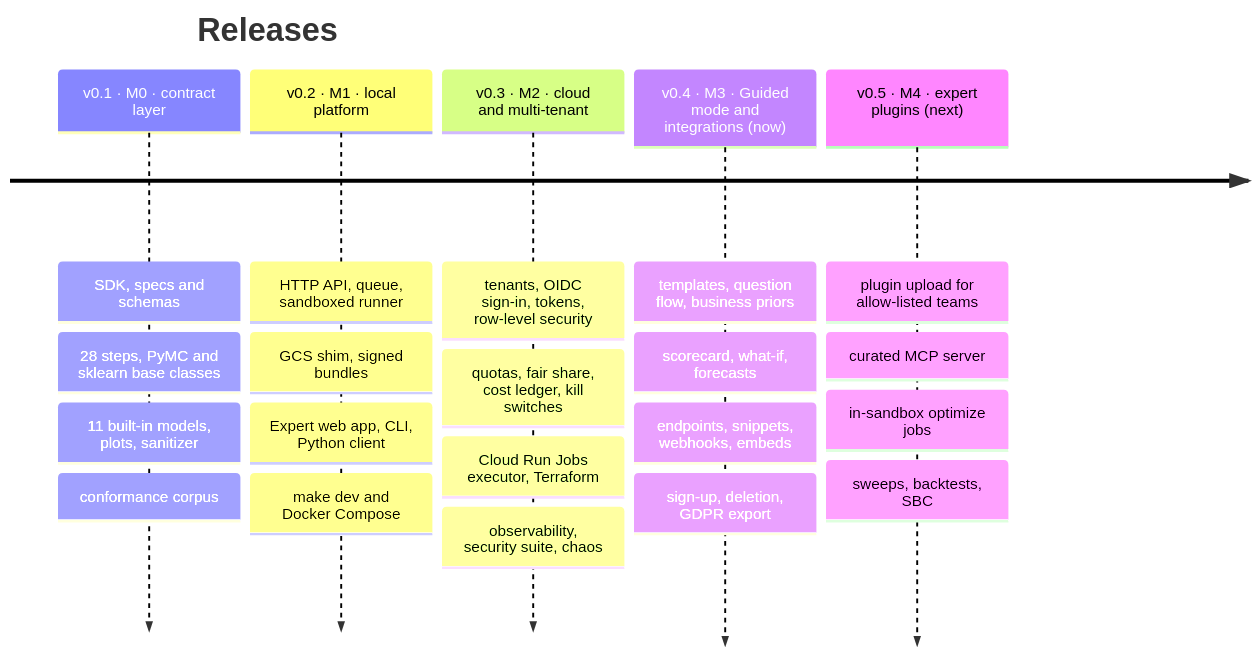
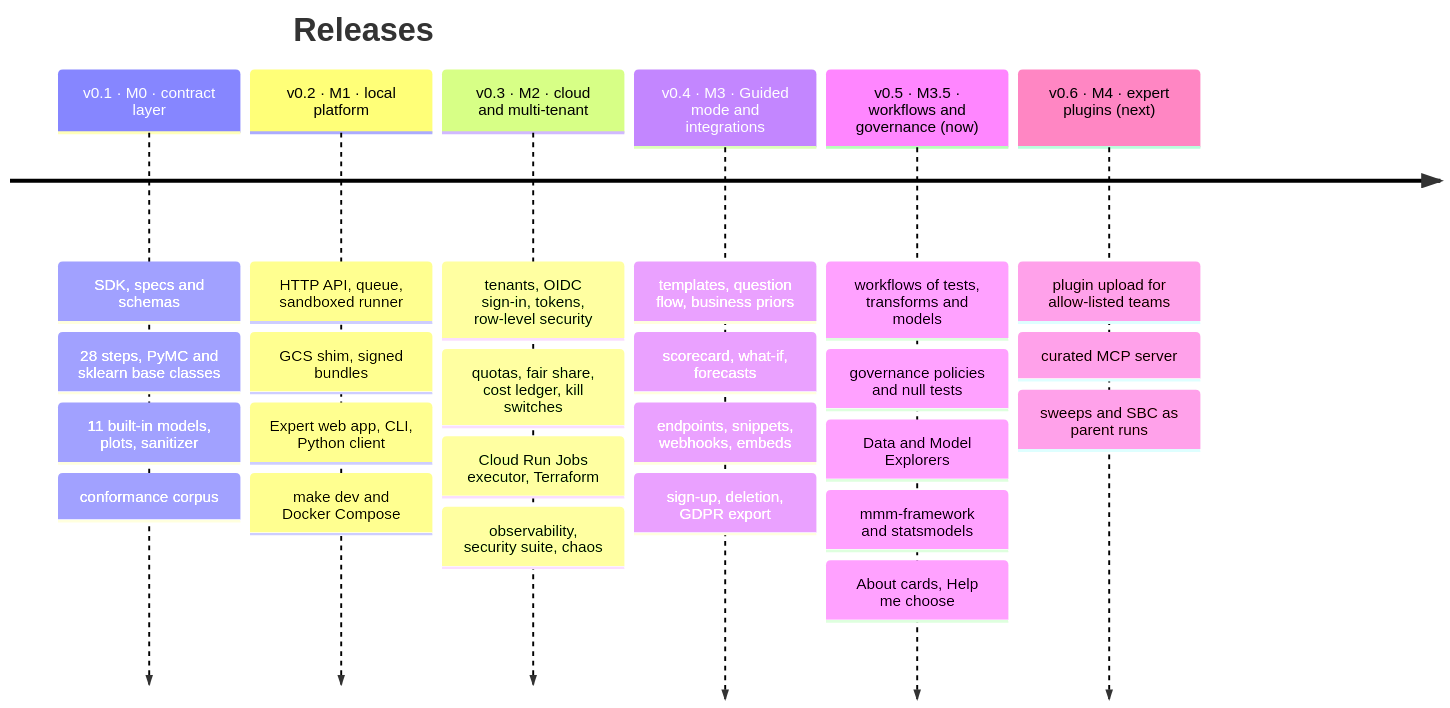
The diagram in docs/roadmap/index.md (redam94/modeling-api), drawn with Mermaid before and after one commit. The commit also changed other lines of this file and 5 other files, not shown here.

Commit message:
docs: CHANGELOG for the v0.5 client, CLI and docs; the roadmap moves plugin upload to v0.6

````diff
--- a/docs/roadmap/index.md
+++ b/docs/roadmap/index.md
@@ -8,9 +8,10 @@
 ```mermaid
 timeline
     title Releases
     v0.1 · M0 · contract layer : SDK, specs and schemas : 28 steps, PyMC and sklearn base classes : 11 built-in models, plots, sanitizer : conformance corpus
     v0.2 · M1 · local platform : HTTP API, queue, sandboxed runner : GCS shim, signed bundles : Expert web app, CLI, Python client : make dev and Docker Compose
     v0.3 · M2 · cloud and multi-tenant : tenants, OIDC sign-in, tokens, row-level security : quotas, fair share, cost ledger, kill switches : Cloud Run Jobs executor, Terraform : observability, security suite, chaos
-    v0.4 · M3 · Guided mode and integrations (now) : templates, question flow, business priors : scorecard, what-if, forecasts : endpoints, snippets, webhooks, embeds : sign-up, deletion, GDPR export
-    v0.5 · M4 · expert plugins (next) : plugin upload for allow-listed teams : curated MCP server : in-sandbox optimize jobs : sweeps, backtests, SBC
+    v0.4 · M3 · Guided mode and integrations : templates, question flow, business priors : scorecard, what-if, forecasts : endpoints, snippets, webhooks, embeds : sign-up, deletion, GDPR export
+    v0.5 · M3.5 · workflows and governance (now) : workflows of tests, transforms and models : governance policies and null tests : Data and Model Explorers : mmm-framework and statsmodels : About cards, Help me choose
+    v0.6 · M4 · expert plugins (next) : plugin upload for allow-listed teams : curated MCP server : sweeps and SBC as parent runs
 ```
````
